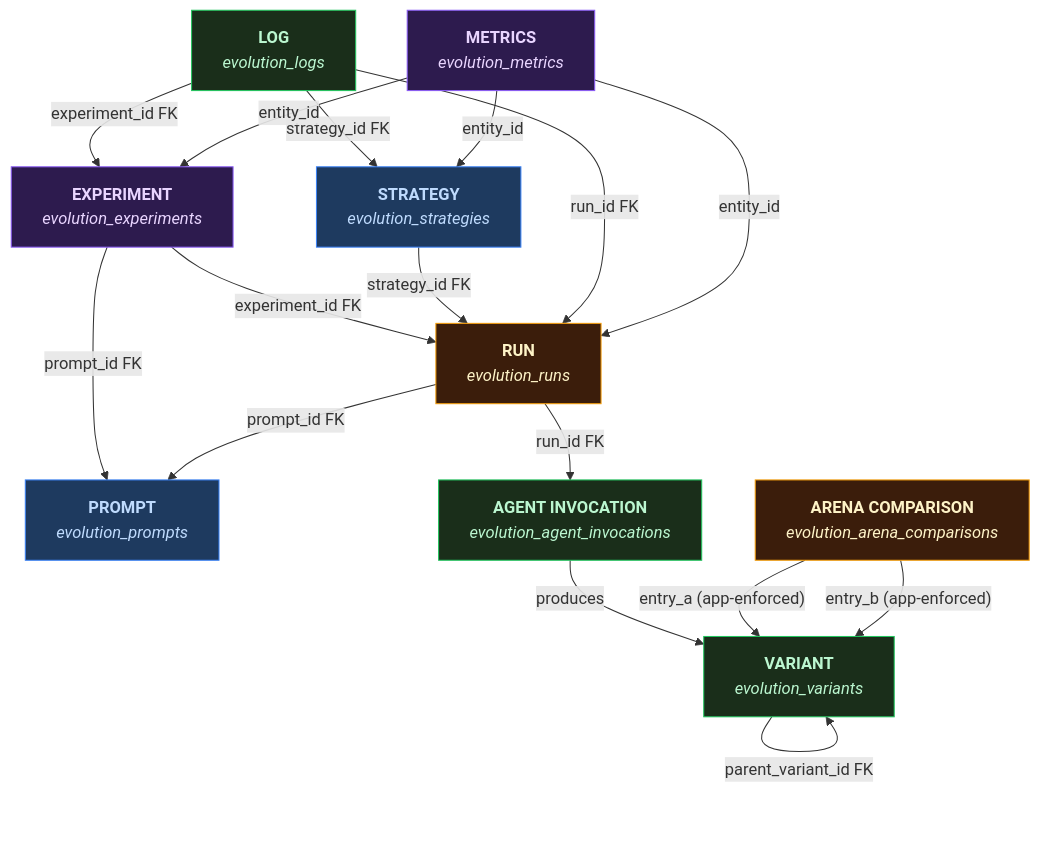
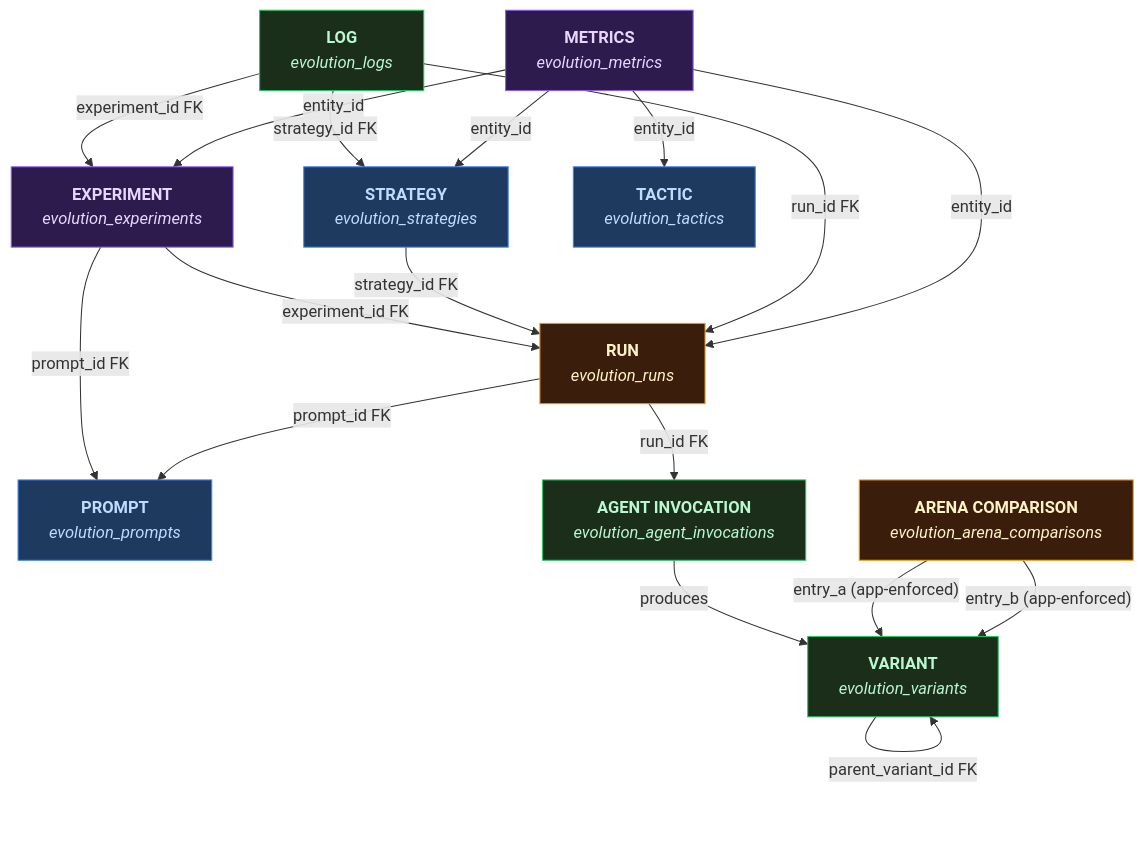
Before and after one commit to alcmdbackup/explainanythingbackup: the diagram in evolution/docs/entities.md, drawn with Mermaid. The commit also changed other lines of this file and 87 other files, not shown here.

First line of the commit message:
[Project] more_generation_tactics_evolution_20260417 (#995)

````diff
--- a/evolution/docs/entities.md
+++ b/evolution/docs/entities.md
@@ -9,50 +9,54 @@
 ```mermaid
 flowchart TD
     EXP["`**EXPERIMENT**
     _evolution_experiments_`"]
     PROMPT["`**PROMPT**
     _evolution_prompts_`"]
     STRATEGY["`**STRATEGY**
     _evolution_strategies_`"]
     RUN["`**RUN**
     _evolution_runs_`"]
     INV["`**AGENT INVOCATION**
     _evolution_agent_invocations_`"]
     VAR["`**VARIANT**
     _evolution_variants_`"]
+    TACTIC["`**TACTIC**
+    _evolution_tactics_`"]
 
     EXP -- "prompt_id FK" --> PROMPT
     EXP -- "experiment_id FK" --> RUN
     STRATEGY -- "strategy_id FK" --> RUN
     RUN -- "prompt_id FK" --> PROMPT
     RUN -- "run_id FK" --> INV
     INV -- "produces" --> VAR
     VAR -- "parent_variant_id FK" --> VAR
 
     COMP["`**ARENA COMPARISON**
     _evolution_arena_comparisons_`"]
     COMP -- "entry_a (app-enforced)" --> VAR
     COMP -- "entry_b (app-enforced)" --> VAR
 
     LOG["`**LOG**
     _evolution_logs_`"]
     LOG -- "run_id FK" --> RUN
     LOG -- "experiment_id FK" --> EXP
     LOG -- "strategy_id FK" --> STRATEGY
 
     METRICS["`**METRICS**
     _evolution_metrics_`"]
     METRICS -- "entity_id" --> RUN
     METRICS -- "entity_id" --> STRATEGY
     METRICS -- "entity_id" --> EXP
+    METRICS -- "entity_id" --> TACTIC
 
     style COMP fill:#3b1d0b,stroke:#f59e0b,color:#fef3c7
+    style TACTIC fill:#1e3a5f,stroke:#3b82f6,color:#bfdbfe
     style EXP fill:#2d1b4e,stroke:#8b5cf6,color:#e9d5ff
     style PROMPT fill:#1e3a5f,stroke:#3b82f6,color:#bfdbfe
     style STRATEGY fill:#1e3a5f,stroke:#3b82f6,color:#bfdbfe
     style RUN fill:#3b1d0b,stroke:#f59e0b,color:#fef3c7
     style INV fill:#1a2e1a,stroke:#22c55e,color:#bbf7d0
     style VAR fill:#1a2e1a,stroke:#22c55e,color:#bbf7d0
     style LOG fill:#1a2e1a,stroke:#22c55e,color:#bbf7d0
     style METRICS fill:#2d1b4e,stroke:#8b5cf6,color:#e9d5ff
 ```
````
